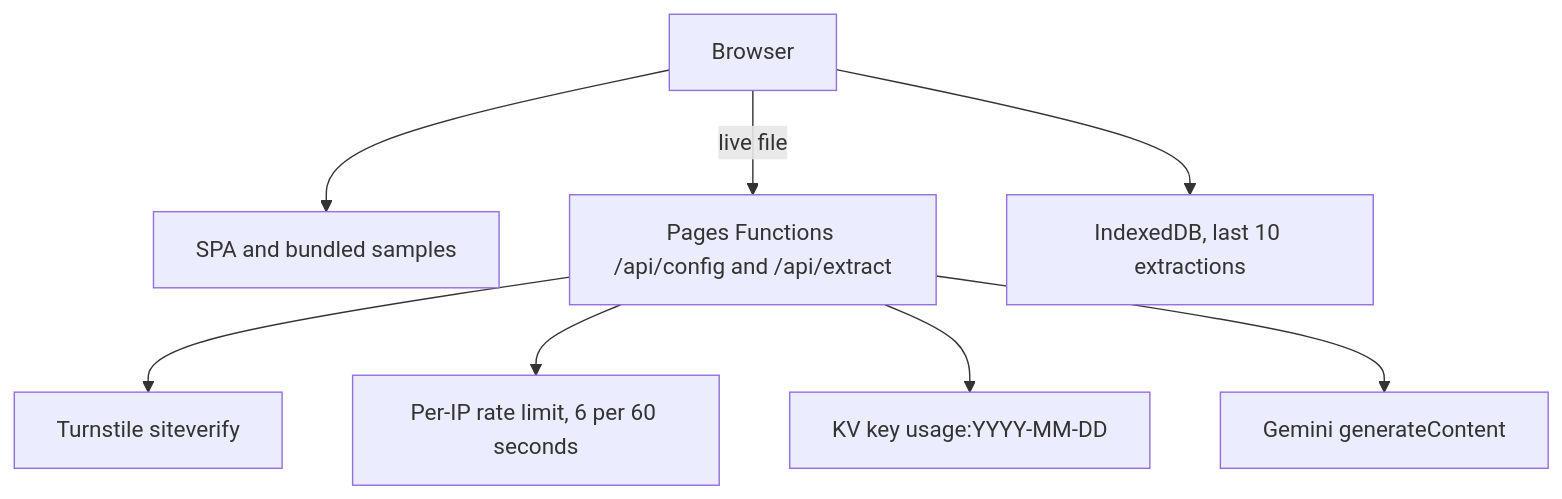
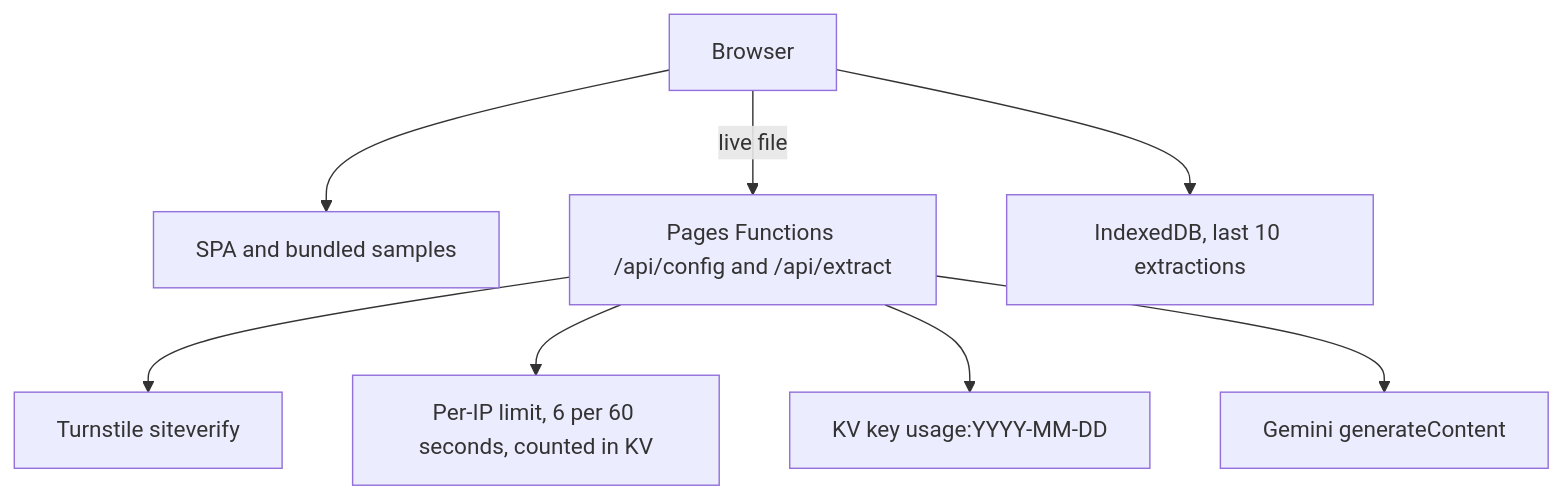
Before and after one commit to HIST-VR/Document-to-data-extractor: the diagram in README.md, drawn with Mermaid. The commit also changed other lines of this file and 7 other files, not shown here.

First line of the commit message:
Count the per-IP limit in KV for Pages

````diff
--- a/README.md
+++ b/README.md
@@ -9,19 +9,19 @@
 ```mermaid
 flowchart TB
   browser[Browser]
   static[SPA and bundled samples]
   api["Pages Functions /api/config and /api/extract"]
   turnstile[Turnstile siteverify]
-  limit[Per-IP rate limit, 6 per 60 seconds]
+  limit[Per-IP limit, 6 per 60 seconds, counted in KV]
   kv["KV key usage:YYYY-MM-DD"]
   gemini["Gemini generateContent"]
   idb[IndexedDB, last 10 extractions]
 
   browser --> static
   browser -->|live file| api
   api --> turnstile
   api --> limit
   api --> kv
   api --> gemini
   browser --> idb
 ```
````
